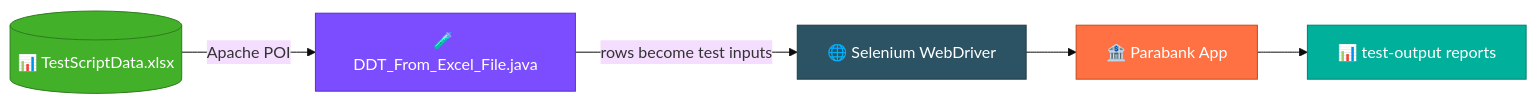
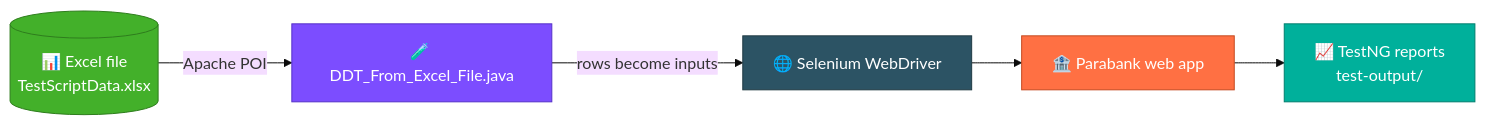
The first of 2 diagrams in README.md (jancirani-testing/Bank_Application_project), drawn with Mermaid (base theme) before and after one commit. The commit also changed other lines of this file, not shown here.

````diff
--- a/README.md
+++ b/README.md
@@ -277,13 +44,13 @@
 ```mermaid
 flowchart LR
-    X[("📊 TestScriptData.xlsx")] -->|Apache POI| D["🧪 DDT_From_Excel_File.java"]
-    D -->|rows become test inputs| W["🌐 Selenium WebDriver"]
-    W --> P["🏦 Parabank App"]
-    P --> R["📊 test-output reports"]
+    X[("📊 Excel file<br/>TestScriptData.xlsx")] -->|Apache POI| D["🧪 DDT_From_Excel_File.java"]
+    D -->|rows become inputs| W["🌐 Selenium WebDriver"]
+    W --> P["🏦 Parabank web app"]
+    P --> R["📈 TestNG reports<br/>test-output/"]
 
     style X fill:#43B02A,stroke:#2f7d1e,color:#fff
     style D fill:#7c4dff,stroke:#5530c9,color:#fff
     style W fill:#2c5364,stroke:#203a43,color:#fff
     style P fill:#FF7043,stroke:#c4491f,color:#fff
     style R fill:#00b09b,stroke:#007f6e,color:#fff
 ```
````
